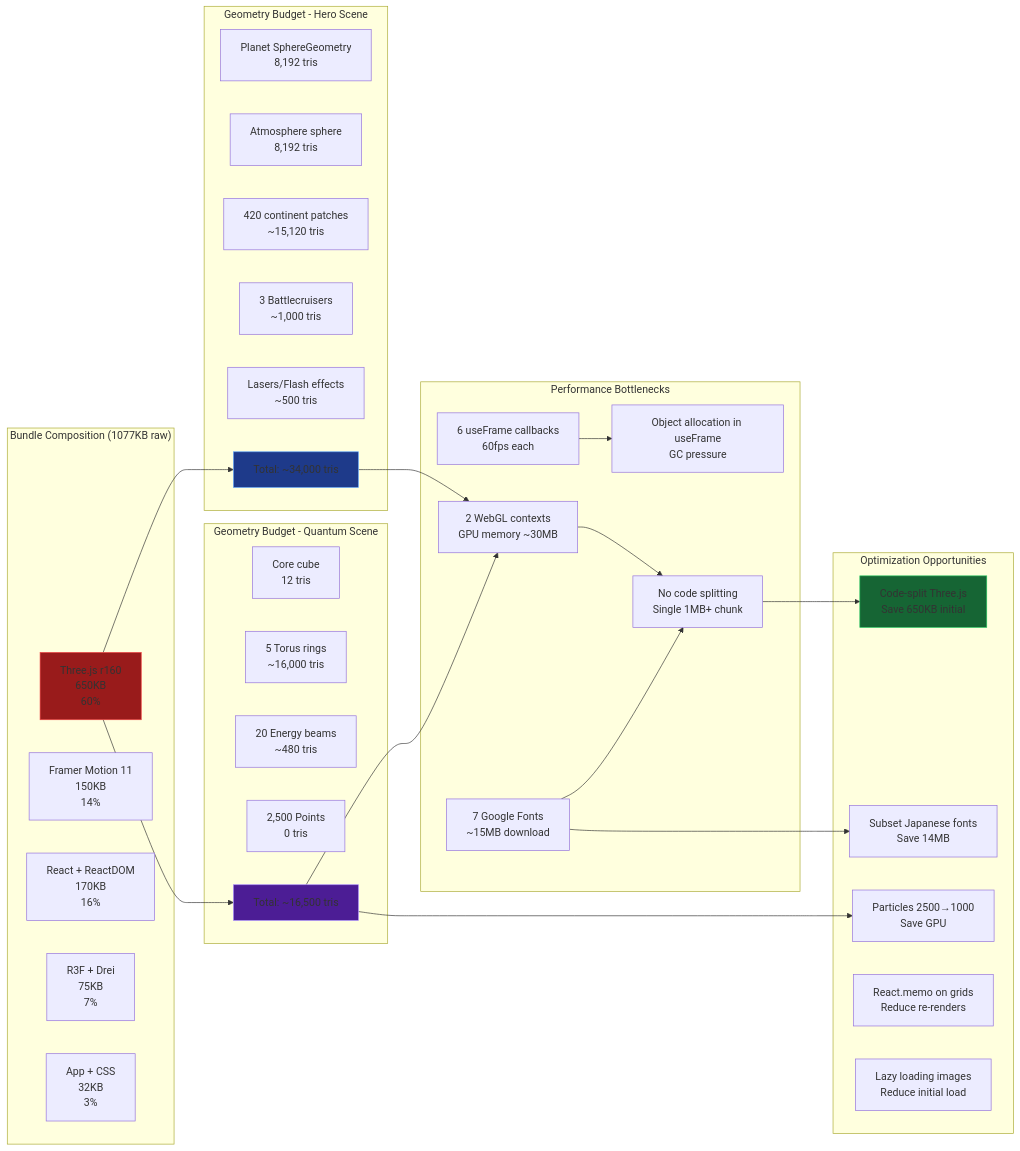
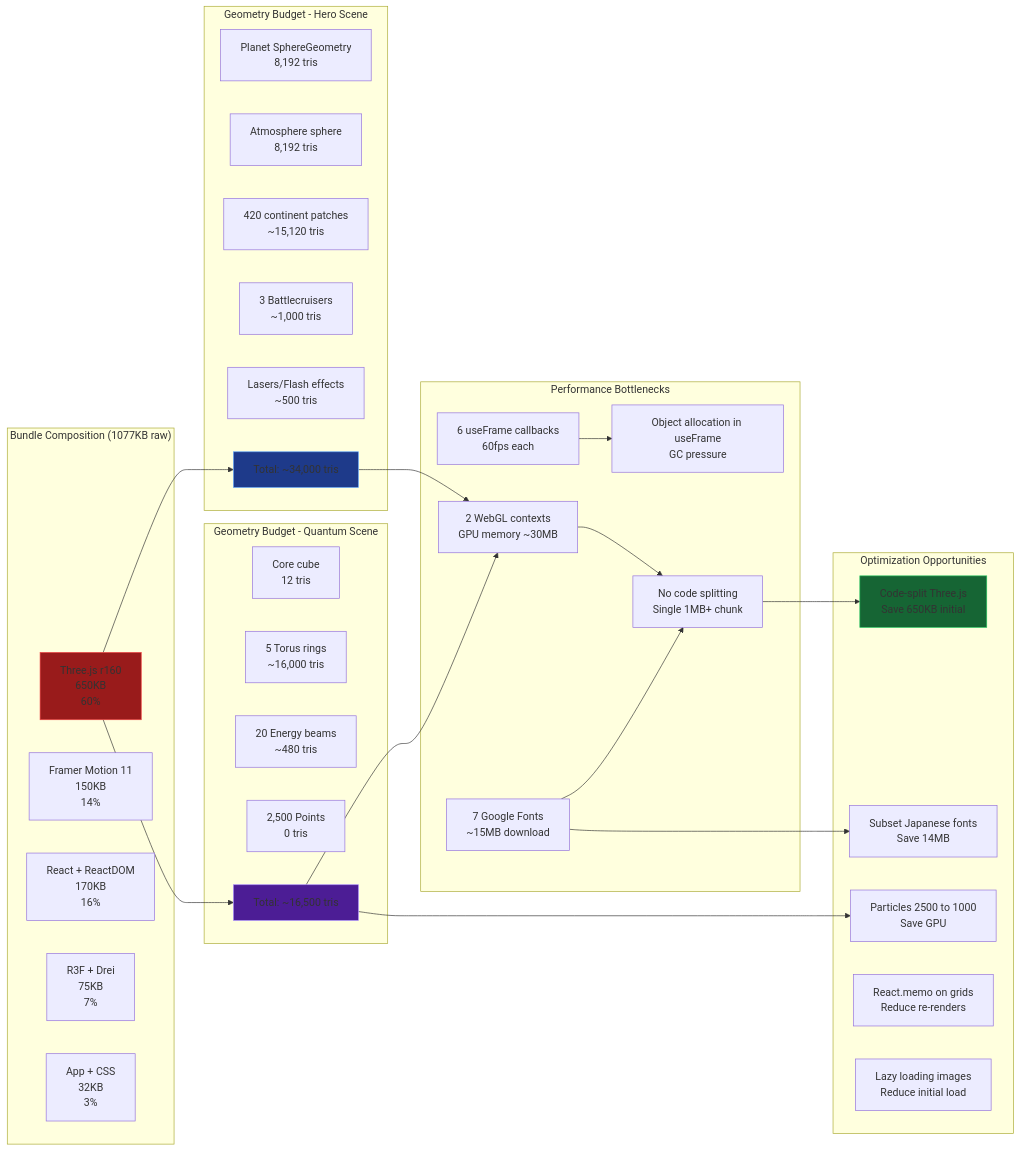
Before and after one commit to tomschidmstmuller/JapStarCraft: the tenth of 10 diagrams in README.md, drawn with Mermaid. The commit also changed other lines of this file, not shown here.

````diff
--- a/README.md
+++ b/README.md
@@ -695,61 +695,61 @@
 ```mermaid
 graph LR
     subgraph "Bundle Composition (1077KB raw)"
-        ThreeJS[Three.js r160<br/>650KB<br/>60%]
-        Framer[Framer Motion 11<br/>150KB<br/>14%]
-        React[React + ReactDOM<br/>170KB<br/>16%]
-        R3F[R3F + Drei<br/>75KB<br/>7%]
-        AppCode[App + CSS<br/>32KB<br/>3%]
+        ThreeJS[Three.js r160<br>650KB<br>60%]
+        Framer[Framer Motion 11<br>150KB<br>14%]
+        React[React + ReactDOM<br>170KB<br>16%]
+        R3F[R3F + Drei<br>75KB<br>7%]
+        AppCode[App + CSS<br>32KB<br>3%]
     end
     
     subgraph "Geometry Budget - Hero Scene"
-        PlanetPlanet[Planet SphereGeometry<br/>8,192 tris]
-        Atmosphere[Atmosphere sphere<br/>8,192 tris]
-        Continents[420 continent patches<br/>~15,120 tris]
-        Cruisers[3 Battlecruisers<br/>~1,000 tris]
-        Effects[Lasers/Flash effects<br/>~500 tris]
+        PlanetPlanet[Planet SphereGeometry<br>8,192 tris]
+        Atmosphere[Atmosphere sphere<br>8,192 tris]
+        Continents[420 continent patches<br>~15,120 tris]
+        Cruisers[3 Battlecruisers<br>~1,000 tris]
+        Effects[Lasers/Flash effects<br>~500 tris]
         TotalHero[Total: ~34,000 tris]
     end
     
     subgraph "Geometry Budget - Quantum Scene"
-        CoreCube[Core cube<br/>12 tris]
-        Rings[5 Torus rings<br/>~16,000 tris]
-        Beams[20 Energy beams<br/>~480 tris]
-        Particles[2,500 Points<br/>0 tris]
+        CoreCube[Core cube<br>12 tris]
+        Rings[5 Torus rings<br>~16,000 tris]
+        Beams[20 Energy beams<br>~480 tris]
+        Particles[2,500 Points<br>0 tris]
         TotalQuantum[Total: ~16,500 tris]
     end
     
     subgraph "Performance Bottlenecks"
-        TwoContexts[2 WebGL contexts<br/>GPU memory ~30MB]
-        UseFrame[6 useFrame callbacks<br/>60fps each]
-        ObjectAlloc[Object allocation in useFrame<br/>GC pressure]
-        NoCodeSplit[No code splitting<br/>Single 1MB+ chunk]
-        Fonts[7 Google Fonts<br/>~15MB download]
+        TwoContexts[2 WebGL contexts<br>GPU memory ~30MB]
+        UseFrame[6 useFrame callbacks<br>60fps each]
+        ObjectAlloc[Object allocation in useFrame<br>GC pressure]
+        NoCodeSplit[No code splitting<br>Single 1MB+ chunk]
+        Fonts[7 Google Fonts<br>~15MB download]
     end
     
     subgraph "Optimization Opportunities"
-        SplitThree[Code-split Three.js<br/>Save 650KB initial]
-        SubsetFonts[Subset Japanese fonts<br/>Save 14MB]
-        ReduceParticles[Particles 2500→1000<br/>Save GPU]
-        MemoComponents[React.memo on grids<br/>Reduce re-renders]
-        LazyImages[Lazy loading images<br/>Reduce initial load]
+        SplitThree[Code-split Three.js<br>Save 650KB initial]
+        SubsetFonts[Subset Japanese fonts<br>Save 14MB]
+        ReduceParticles[Particles 2500 to 1000<br>Save GPU]
+        MemoComponents[React.memo on grids<br>Reduce re-renders]
+        LazyImages[Lazy loading images<br>Reduce initial load]
     end
     
     ThreeJS --> TotalHero
     ThreeJS --> TotalQuantum
     TotalHero --> TwoContexts
     TotalQuantum --> TwoContexts
     
     TwoContexts --> NoCodeSplit
     UseFrame --> ObjectAlloc
     Fonts --> NoCodeSplit
     
     NoCodeSplit --> SplitThree
     Fonts --> SubsetFonts
     TotalQuantum --> ReduceParticles
     
     style ThreeJS fill:#991b1b,stroke:#ef4444
     style TotalHero fill:#1e3a8a,stroke:#60a5fa
     style TotalQuantum fill:#4c1d95,stroke:#a78bfa
     style SplitThree fill:#166534,stroke:#22c55e
 ```
````
